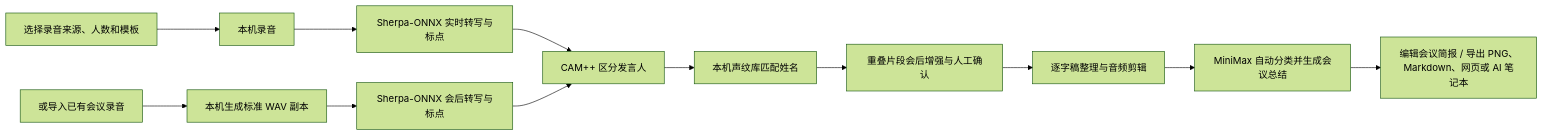
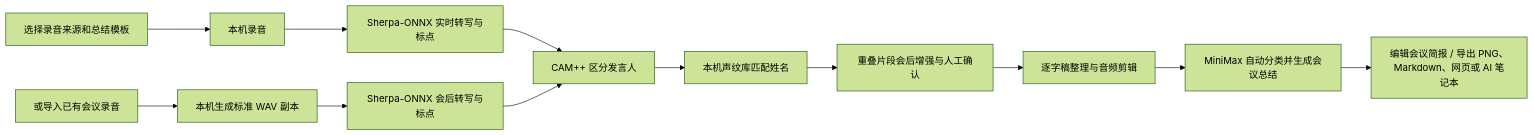
Before and after one commit to jizw0704-source/shiyin-ai-meeting-notes: the diagram in README.md, drawn with Mermaid (forest theme). The commit also changed other lines of this file, not shown here.

````diff
--- a/README.md
+++ b/README.md
@@ -44,14 +52,14 @@
 ```mermaid
 flowchart LR
-    A["选择录音来源、人数和模板"] --> B["本机录音"]
+    A["选择录音来源和总结模板"] --> B["本机录音"]
     A2["或导入已有会议录音"] --> B2["本机生成标准 WAV 副本"]
     B --> C["Sherpa-ONNX 实时转写与标点"]
     B2 --> C2["Sherpa-ONNX 会后转写与标点"]
     C --> D["CAM++ 区分发言人"]
     C2 --> D
     D --> E["本机声纹库匹配姓名"]
     E --> F["重叠片段会后增强与人工确认"]
     F --> I["逐字稿整理与音频剪辑"]
     I --> G["MiniMax 自动分类并生成会议总结"]
     G --> H["编辑会议简报 / 导出 PNG、Markdown、网页或 AI 笔记本"]
 ```
````
